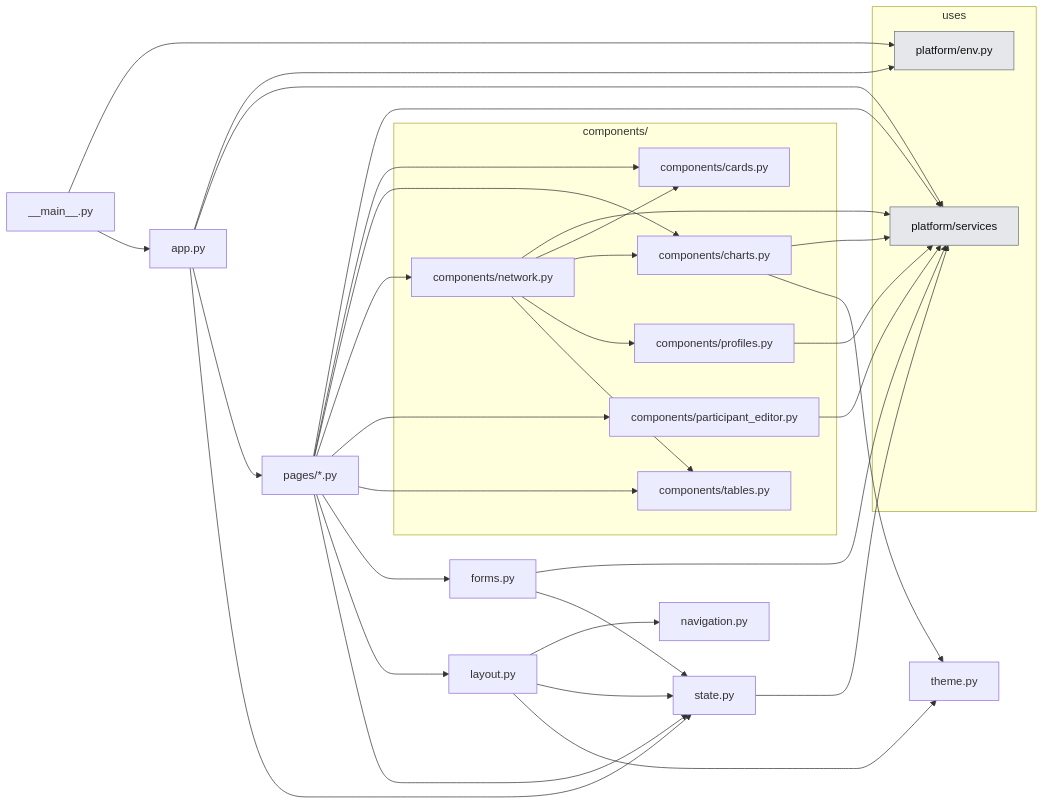
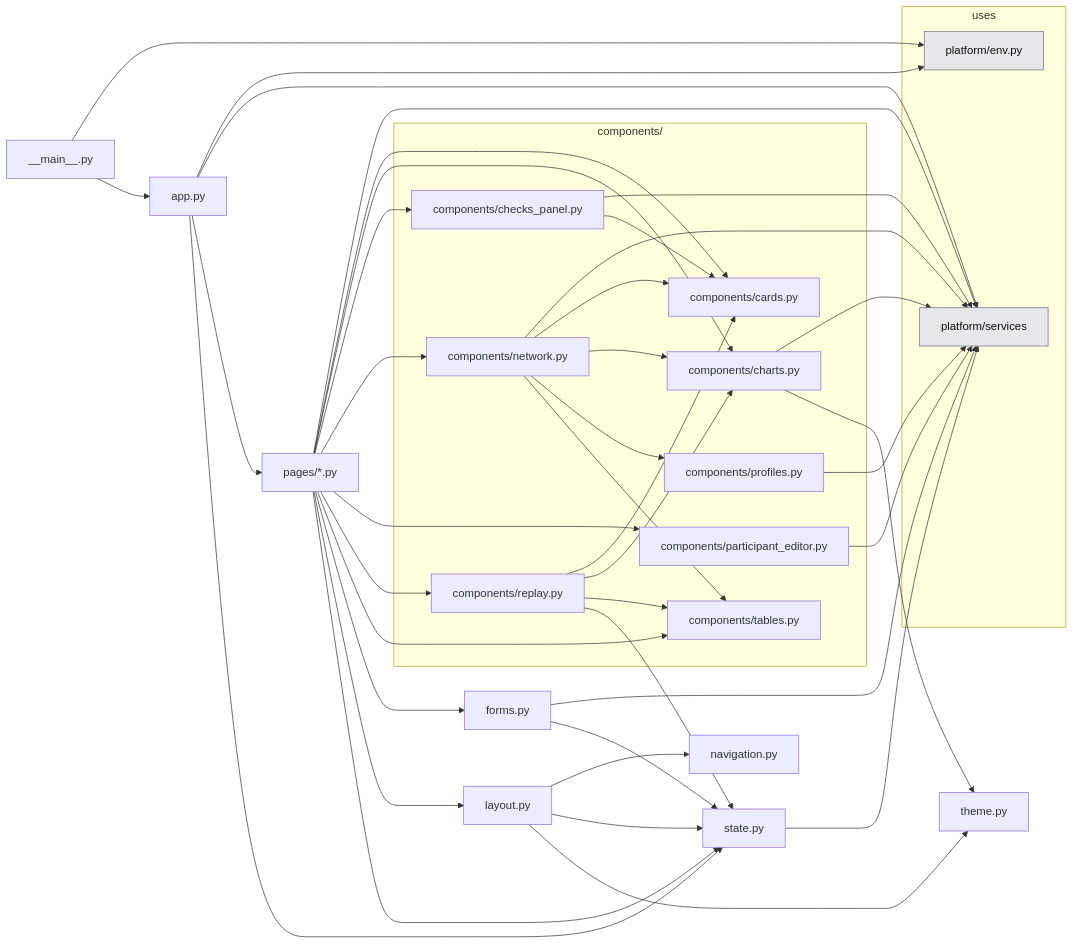
One commit to KevinRapo/P2P-thesis changed the second of 3 diagrams in docs_thesis/thesis/architecture/05-presentation.md. Above: the diagram before and after it, drawn with Mermaid. The commit also changed 10 other files, not shown here.

Commit message:
feat(studio): Simulate page, replay, checks panel, real Validate/Runs/Results (M9)

````diff
--- a/docs_thesis/thesis/architecture/05-presentation.md
+++ b/docs_thesis/thesis/architecture/05-presentation.md
@@ -50,54 +50,64 @@
 ```mermaid
 flowchart LR
   n_platform_studio___main__["__main__.py"]
   n_platform_studio_app["app.py"]
   n_platform_studio_forms["forms.py"]
   n_platform_studio_layout["layout.py"]
   n_platform_studio_navigation["navigation.py"]
   n_platform_studio_pages__["pages/*.py"]
   n_platform_studio_state["state.py"]
   n_platform_studio_theme["theme.py"]
   subgraph g_components["components/"]
     n_platform_studio_components_cards["components/cards.py"]
     n_platform_studio_components_charts["components/charts.py"]
+    n_platform_studio_components_checks_panel["components/checks_panel.py"]
     n_platform_studio_components_network["components/network.py"]
     n_platform_studio_components_participant_editor["components/participant_editor.py"]
     n_platform_studio_components_profiles["components/profiles.py"]
+    n_platform_studio_components_replay["components/replay.py"]
     n_platform_studio_components_tables["components/tables.py"]
   end
   subgraph USES["uses"]
     n_platform_env["platform/env.py"]:::ext
     n_platform_services["platform/services"]:::ext
   end
   n_platform_studio___main__ --> n_platform_env
   n_platform_studio___main__ --> n_platform_studio_app
   n_platform_studio_app --> n_platform_env
   n_platform_studio_app --> n_platform_services
   n_platform_studio_app --> n_platform_studio_pages__
   n_platform_studio_app --> n_platform_studio_state
   n_platform_studio_components_charts --> n_platform_services
   n_platform_studio_components_charts --> n_platform_studio_theme
+  n_platform_studio_components_checks_panel --> n_platform_services
+  n_platform_studio_components_checks_panel --> n_platform_studio_components_cards
   n_platform_studio_components_network --> n_platform_services
   n_platform_studio_components_network --> n_platform_studio_components_cards
   n_platform_studio_components_network --> n_platform_studio_components_charts
   n_platform_studio_components_network --> n_platform_studio_components_profiles
   n_platform_studio_components_network --> n_platform_studio_components_tables
   n_platform_studio_components_participant_editor --> n_platform_services
   n_platform_studio_components_profiles --> n_platform_services
+  n_platform_studio_components_replay --> n_platform_studio_components_cards
+  n_platform_studio_components_replay --> n_platform_studio_components_charts
+  n_platform_studio_components_replay --> n_platform_studio_components_tables
+  n_platform_studio_components_replay --> n_platform_studio_state
   n_platform_studio_forms --> n_platform_services
   n_platform_studio_forms --> n_platform_studio_state
   n_platform_studio_layout --> n_platform_studio_navigation
   n_platform_studio_layout --> n_platform_studio_state
   n_platform_studio_layout --> n_platform_studio_theme
   n_platform_studio_pages__ --> n_platform_services
   n_platform_studio_pages__ --> n_platform_studio_components_cards
   n_platform_studio_pages__ --> n_platform_studio_components_charts
+  n_platform_studio_pages__ --> n_platform_studio_components_checks_panel
   n_platform_studio_pages__ --> n_platform_studio_components_network
   n_platform_studio_pages__ --> n_platform_studio_components_participant_editor
+  n_platform_studio_pages__ --> n_platform_studio_components_replay
   n_platform_studio_pages__ --> n_platform_studio_components_tables
   n_platform_studio_pages__ --> n_platform_studio_forms
   n_platform_studio_pages__ --> n_platform_studio_layout
   n_platform_studio_pages__ --> n_platform_studio_state
   n_platform_studio_state --> n_platform_services
   classDef ext fill:#e5e7eb,stroke:#6b7280,color:#111
 ```
````
